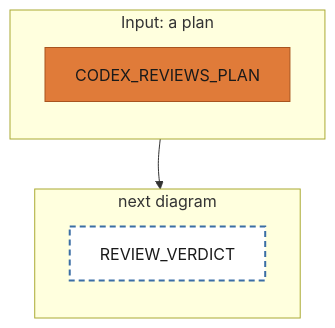
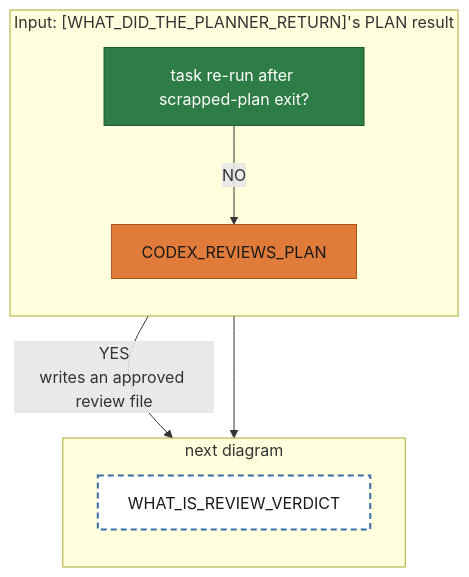
The diagram in diagrams/tackle-tasks/pipeline-codexReviewsPlan.mmd (matkatmusic/taskTools), drawn with Mermaid before and after one commit. The commit also changed 26 other files, not shown here.

First line of the commit message:
feat: Introduce IS_PLAN_APPROVED_BY_DEFAULT_Q to handle review verdicts

```diff
--- a/diagrams/tackle-tasks/pipeline-codexReviewsPlan.mmd
+++ b/diagrams/tackle-tasks/pipeline-codexReviewsPlan.mmd
@@ -1,22 +1,26 @@
 flowchart TB
-%% One orange block. The hook walks in from a dashed CODEX_REVIEWS_PLAN block, prints the prompt, and stops.
+%% One green block, one orange block. /run-step starts at IS_PLAN_APPROVED_BY_DEFAULT_Q. A task re-run after a scrapped-plan exit skips the review agent.
 
-  subgraph codexReviewsPlan ["Input: a plan"]
+  subgraph codexReviewsPlan ["Input: [WHAT_DID_THE_PLANNER_RETURN]'s PLAN result"]
     direction TB
+    IS_PLAN_APPROVED_BY_DEFAULT_Q["task re-run after scrapped-plan exit?"]
     CODEX_REVIEWS_PLAN["CODEX_REVIEWS_PLAN"]
   end
   subgraph codexReviewsPlanNext ["next diagram"]
     direction TB
-    WHAT_IS_REVIEW_VERDICT["REVIEW_VERDICT"]
+    WHAT_IS_REVIEW_VERDICT["WHAT_IS_REVIEW_VERDICT"]
   end
   codexReviewsPlan ~~~ codexReviewsPlanNext
 
+  IS_PLAN_APPROVED_BY_DEFAULT_Q -- "NO" --> CODEX_REVIEWS_PLAN
+  IS_PLAN_APPROVED_BY_DEFAULT_Q -- "YES<br/>writes an approved review file" --> WHAT_IS_REVIEW_VERDICT
   CODEX_REVIEWS_PLAN --> WHAT_IS_REVIEW_VERDICT
 
   classDef script fill:#2f7d46,stroke:#1e5c31,color:#ffffff
   classDef returns_a_prompt fill:#e07b39,stroke:#a8541f,color:#1a1a1a
   classDef fail fill:red,stroke:#254a70,color:#ffffff
   classDef output fill:#3b6ea5,stroke:#254a70,color:#ffffff
   classDef next_diagram fill:#ffffff,stroke:#3b6ea5,stroke-width:2px,stroke-dasharray:6 4,color:#1a1a1a
+  class IS_PLAN_APPROVED_BY_DEFAULT_Q script
   class CODEX_REVIEWS_PLAN returns_a_prompt
   class WHAT_IS_REVIEW_VERDICT next_diagram
```
